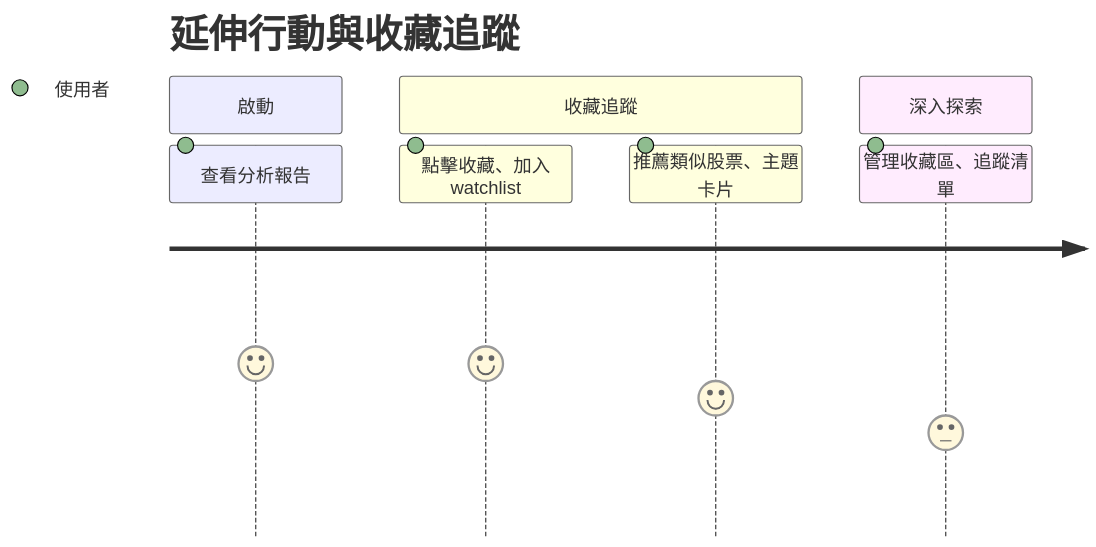
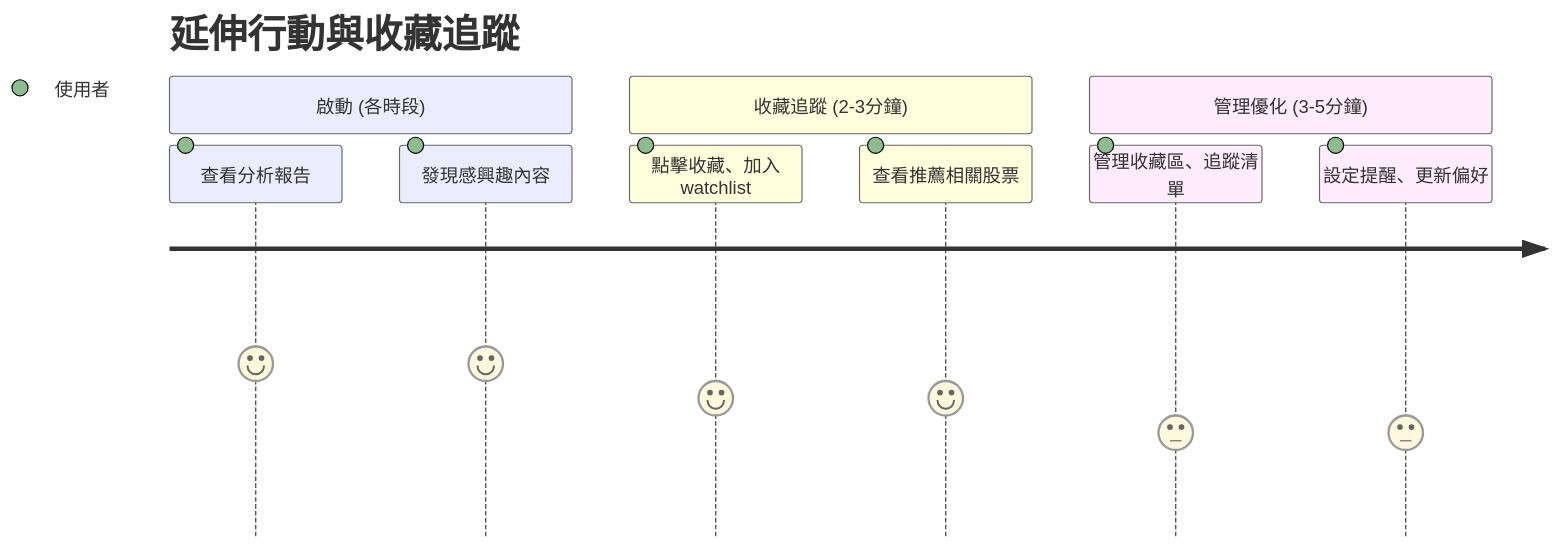
One commit to hihihowru/ai-chatbot-proxy changed the diagram in user_journey_map/yong-hulcheng-liu.md. Above: the diagram before and after it, drawn with Mermaid. The commit also changed other lines of this file and 7 other files, not shown here.

````diff
--- a/user_journey_map/yong-hulcheng-liu.md
+++ b/user_journey_map/yong-hulcheng-liu.md
@@ -8,11 +13,13 @@
 ```mermaid
 journey
     title 延伸行動與收藏追蹤
-    section 啟動
+    section 啟動 (各時段)
       查看分析報告: 5: 使用者
-    section 收藏追蹤
-      點擊收藏、加入 watchlist: 5: 使用者
-      推薦類似股票、主題卡片: 4: 使用者
-    section 深入探索
+      發現感興趣內容: 5: 使用者
+    section 收藏追蹤 (2-3分鐘)
+      點擊收藏、加入 watchlist: 4: 使用者
+      查看推薦相關股票: 4: 使用者
+    section 管理優化 (3-5分鐘)
       管理收藏區、追蹤清單: 3: 使用者
+      設定提醒、更新偏好: 3: 使用者
 ```
````
